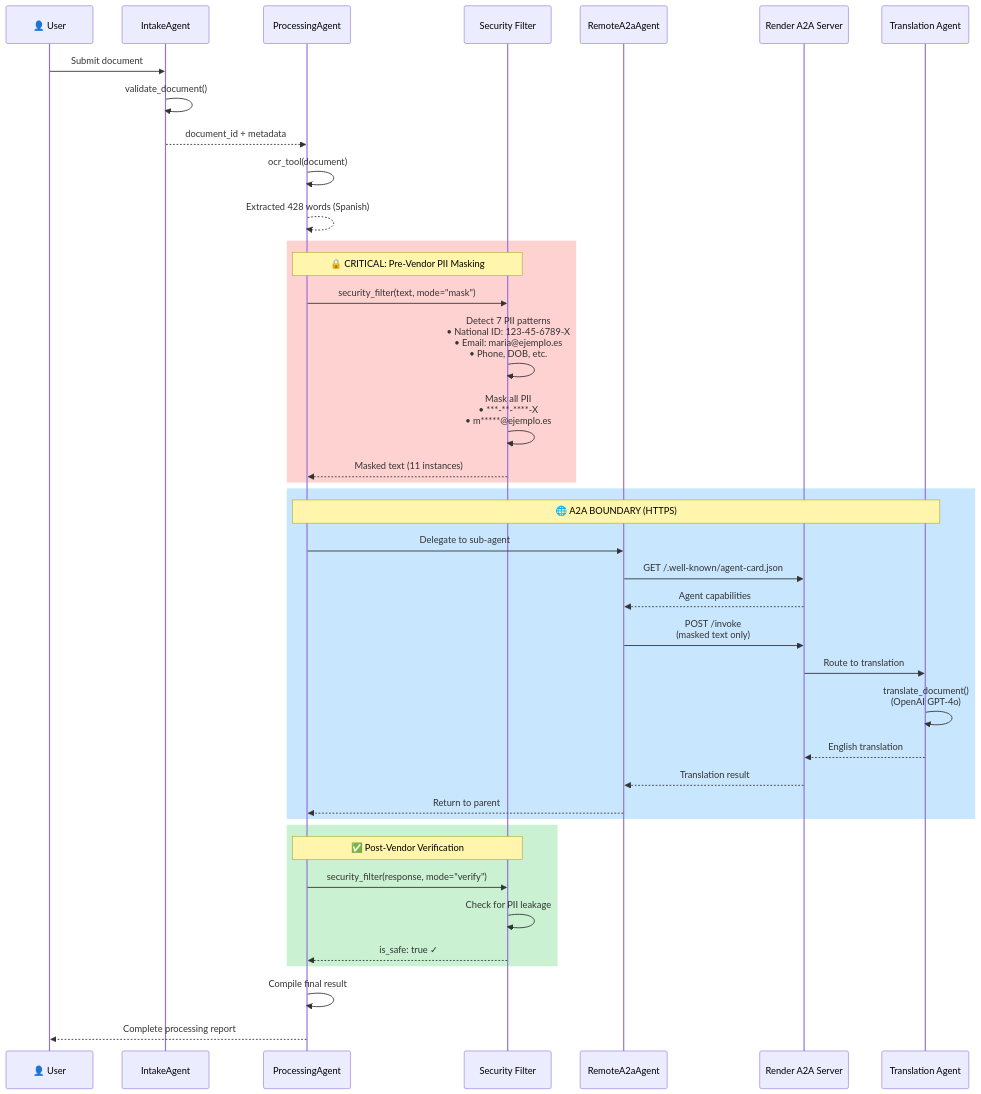
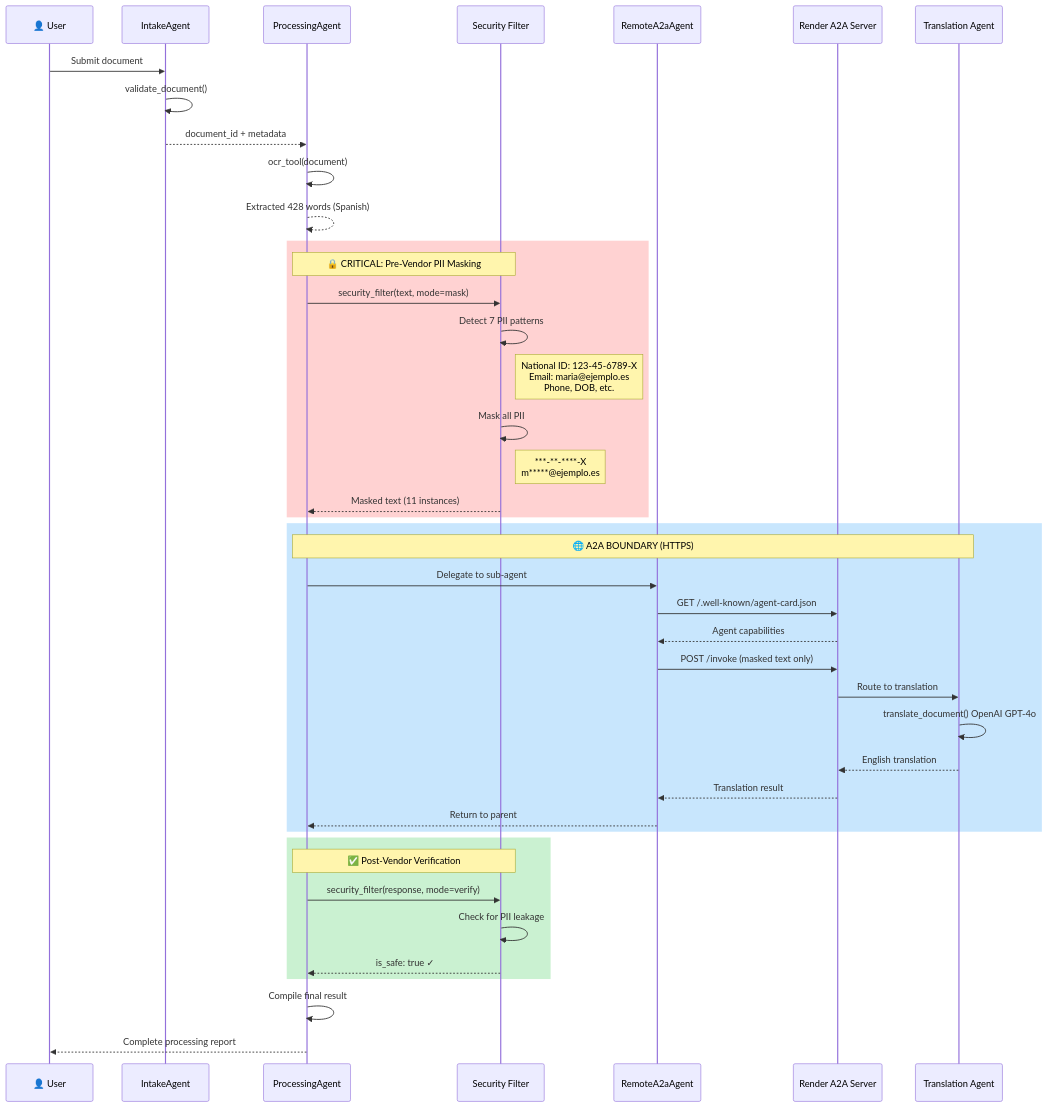
One commit to ortall0201/enterprise-gov-docs-a2a-capstone changed the second of 4 diagrams in README.md. Above: the diagram before and after it, drawn with Mermaid. The commit also changed other lines of this file, not shown here.

First line of the commit message:
fix: Fix Mermaid diagram rendering and add PII Masking Architecture

````diff
--- a/README.md
+++ b/README.md
@@ -71,48 +71,50 @@
 ```mermaid
 sequenceDiagram
     participant U as 👤 User
     participant IA as IntakeAgent
     participant PA as ProcessingAgent
     participant SF as Security Filter
     participant A2A as RemoteA2aAgent
     participant Render as Render A2A Server
     participant Trans as Translation Agent
 
     U->>IA: Submit document
     IA->>IA: validate_document()
     IA-->>PA: document_id + metadata
 
     PA->>PA: ocr_tool(document)
     PA-->>PA: Extracted 428 words (Spanish)
 
     rect rgb(255, 107, 107, 0.3)
         Note over PA,SF: 🔒 CRITICAL: Pre-Vendor PII Masking
-        PA->>SF: security_filter(text, mode="mask")
-        SF->>SF: Detect 7 PII patterns<br/>• National ID: 123-45-6789-X<br/>• Email: maria@ejemplo.es<br/>• Phone, DOB, etc.
-        SF->>SF: Mask all PII<br/>• ***-**-****-X<br/>• m*****@ejemplo.es
+        PA->>SF: security_filter(text, mode=mask)
+        SF->>SF: Detect 7 PII patterns
+        Note right of SF: National ID: 123-45-6789-X<br/>Email: maria@ejemplo.es<br/>Phone, DOB, etc.
+        SF->>SF: Mask all PII
+        Note right of SF: ***-**-****-X<br/>m*****@ejemplo.es
         SF-->>PA: Masked text (11 instances)
     end
 
     rect rgb(74, 171, 247, 0.3)
         Note over PA,Trans: 🌐 A2A BOUNDARY (HTTPS)
         PA->>A2A: Delegate to sub-agent
         A2A->>Render: GET /.well-known/agent-card.json
         Render-->>A2A: Agent capabilities
-        A2A->>Render: POST /invoke<br/>(masked text only)
+        A2A->>Render: POST /invoke (masked text only)
         Render->>Trans: Route to translation
-        Trans->>Trans: translate_document()<br/>(OpenAI GPT-4o)
+        Trans->>Trans: translate_document() OpenAI GPT-4o
         Trans-->>Render: English translation
         Render-->>A2A: Translation result
         A2A-->>PA: Return to parent
     end
 
     rect rgb(81, 207, 102, 0.3)
         Note over PA,SF: ✅ Post-Vendor Verification
-        PA->>SF: security_filter(response, mode="verify")
+        PA->>SF: security_filter(response, mode=verify)
         SF->>SF: Check for PII leakage
         SF-->>PA: is_safe: true ✓
     end
 
     PA->>PA: Compile final result
     PA-->>U: Complete processing report
 ```
````
